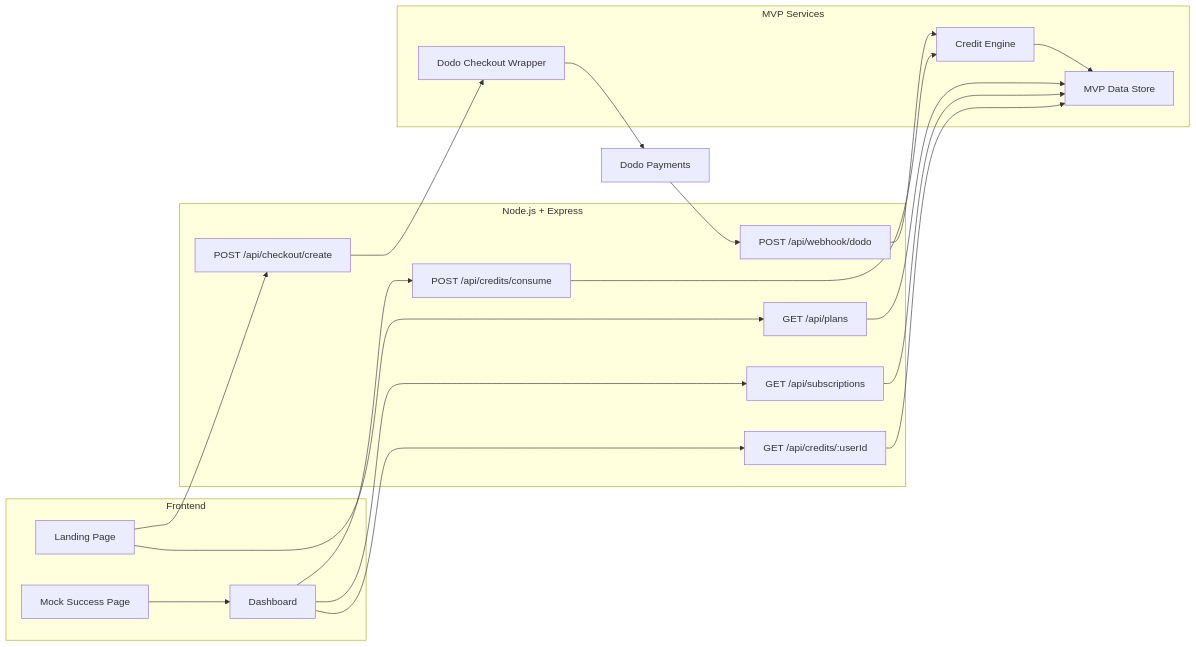
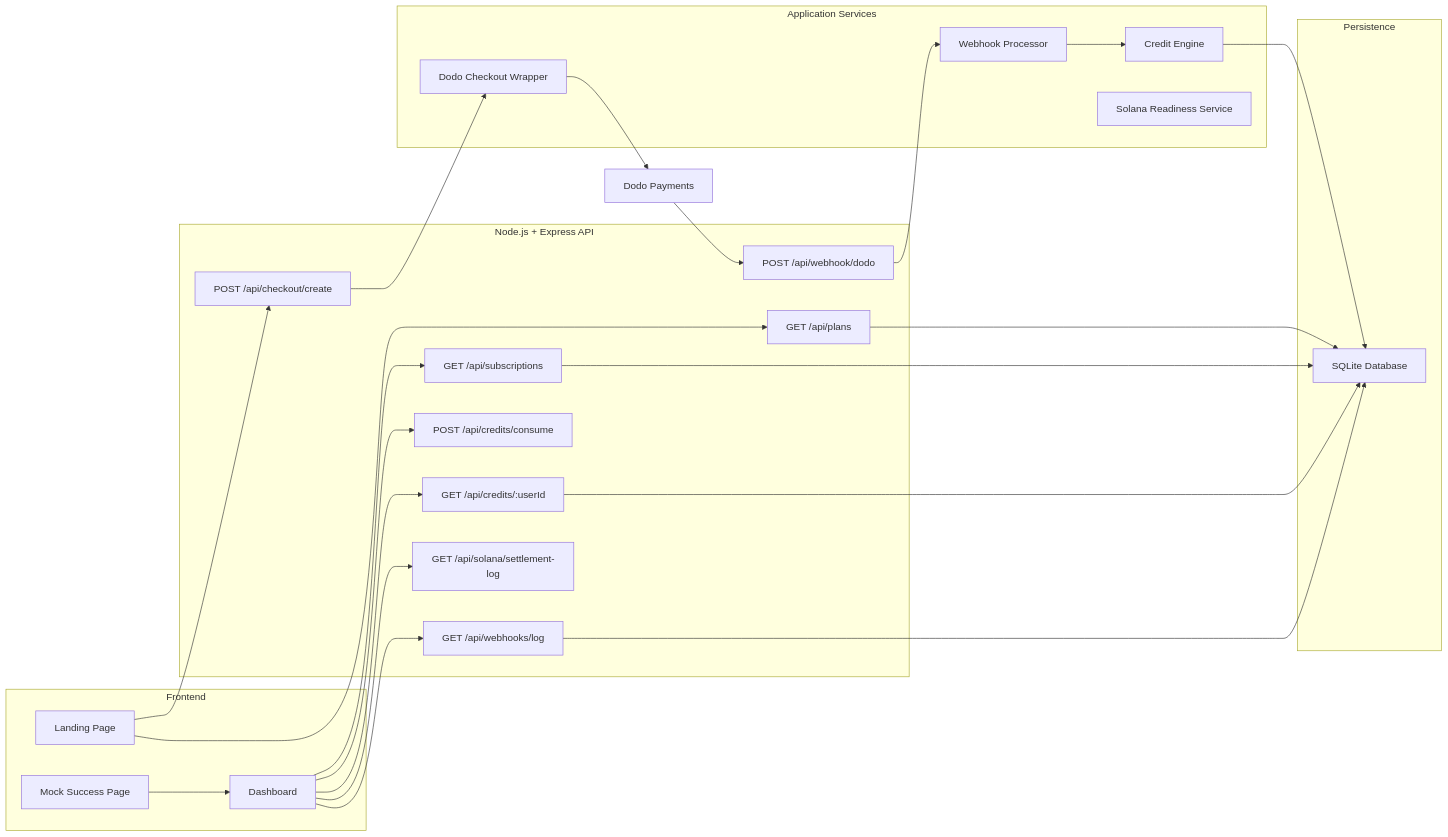
The first of 4 diagrams in README.md (ShivamSoni20/DodoArc), drawn with Mermaid before and after one commit. The commit also changed other lines of this file, not shown here.

````diff
--- a/README.md
+++ b/README.md
@@ -21,43 +35,53 @@
 ```mermaid
 flowchart LR
     subgraph Frontend["Frontend"]
         Landing["Landing Page"]
         Dashboard["Dashboard"]
         MockSuccess["Mock Success Page"]
     end
 
-    subgraph Backend["Node.js + Express"]
+    subgraph API["Node.js + Express API"]
         Plans["GET /api/plans"]
         Checkout["POST /api/checkout/create"]
         Subs["GET /api/subscriptions"]
         Credits["GET /api/credits/:userId"]
         Consume["POST /api/credits/consume"]
         Webhook["POST /api/webhook/dodo"]
+        WebhookLog["GET /api/webhooks/log"]
+        SolanaStatus["GET /api/solana/settlement-log"]
     end
 
-    subgraph Services["MVP Services"]
+    subgraph Services["Application Services"]
         DodoService["Dodo Checkout Wrapper"]
         CreditEngine["Credit Engine"]
-        Store["MVP Data Store"]
+        WebhookEngine["Webhook Processor"]
+        SolanaService["Solana Readiness Service"]
+    end
+
+    subgraph Data["Persistence"]
+        SQLite["SQLite Database"]
     end
 
     Dodo["Dodo Payments"]
 
     Landing --> Plans
     Landing --> Checkout
     MockSuccess --> Dashboard
     Dashboard --> Subs
     Dashboard --> Credits
     Dashboard --> Consume
+    Dashboard --> WebhookLog
+    Dashboard --> SolanaStatus
 
     Checkout --> DodoService
     DodoService --> Dodo
     Dodo --> Webhook
 
-    Webhook --> CreditEngine
-    Consume --> CreditEngine
-    CreditEngine --> Store
-    Plans --> Store
-    Subs --> Store
-    Credits --> Store
+    Webhook --> WebhookEngine
+    WebhookEngine --> CreditEngine
+    CreditEngine --> SQLite
+    Plans --> SQLite
+    Subs --> SQLite
+    Credits --> SQLite
+    WebhookLog --> SQLite
 ```
````
